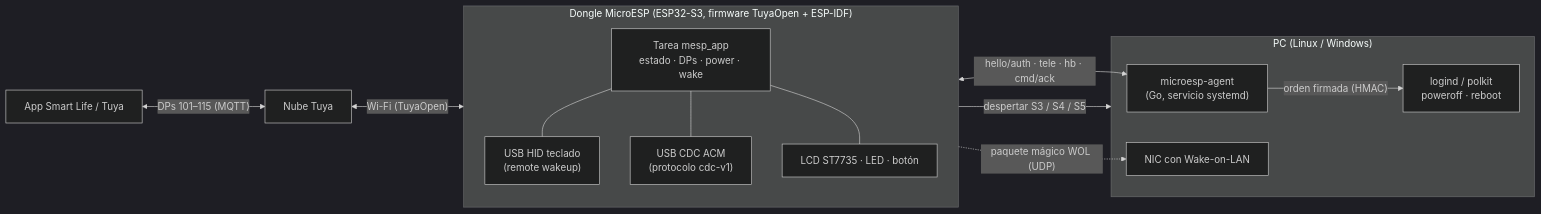
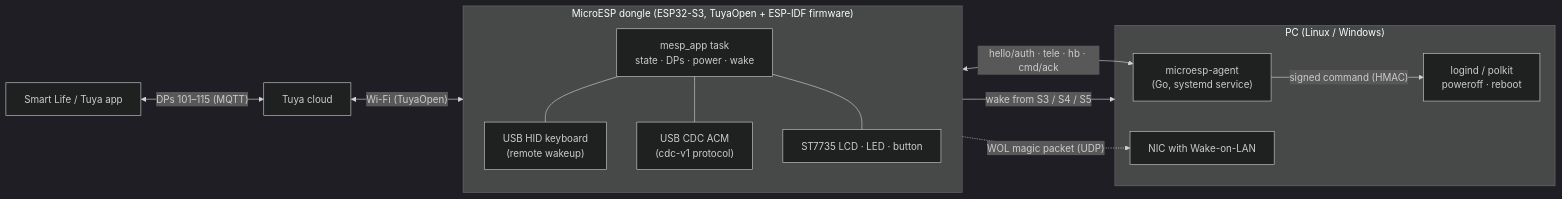
One commit to sevir/microesp changed the diagram in README.md. Above: the diagram before and after it, drawn with Mermaid (dark theme). The commit also changed other lines of this file and 7 other files, not shown here.

````diff
--- a/README.md
+++ b/README.md
@@ -15,27 +15,27 @@
 ```mermaid
 flowchart LR
-    App["App Smart Life / Tuya"] <-- "DPs 101–115 (MQTT)" --> Cloud["Nube Tuya"]
+    App["Smart Life / Tuya app"] <-- "DPs 101–115 (MQTT)" --> Cloud["Tuya cloud"]
     Cloud <-- "Wi-Fi (TuyaOpen)" --> Dongle
 
-    subgraph Dongle["Dongle MicroESP (ESP32-S3, firmware TuyaOpen + ESP-IDF)"]
+    subgraph Dongle["MicroESP dongle (ESP32-S3, TuyaOpen + ESP-IDF firmware)"]
         direction TB
-        FW["Tarea mesp_app<br/>estado · DPs · power · wake"]
-        HID["USB HID teclado<br/>(remote wakeup)"]
-        CDC["USB CDC ACM<br/>(protocolo cdc-v1)"]
-        UI["LCD ST7735 · LED · botón"]
+        FW["mesp_app task<br/>state · DPs · power · wake"]
+        HID["USB HID keyboard<br/>(remote wakeup)"]
+        CDC["USB CDC ACM<br/>(cdc-v1 protocol)"]
+        UI["ST7735 LCD · LED · button"]
         FW --- HID
         FW --- CDC
         FW --- UI
     end
 
     subgraph PC["PC (Linux / Windows)"]
-        Agent["microesp-agent<br/>(Go, servicio systemd)"]
+        Agent["microesp-agent<br/>(Go, systemd service)"]
         OS["logind / polkit<br/>poweroff · reboot"]
-        NIC["NIC con Wake-on-LAN"]
-        Agent -- "orden firmada (HMAC)" --> OS
+        NIC["NIC with Wake-on-LAN"]
+        Agent -- "signed command (HMAC)" --> OS
     end
 
-    HID -- "despertar S3 / S4 / S5" --> PC
+    HID -- "wake from S3 / S4 / S5" --> PC
     CDC <-- "hello/auth · tele · hb · cmd/ack" --> Agent
-    Dongle -. "paquete mágico WOL (UDP)" .-> NIC
+    Dongle -. "WOL magic packet (UDP)" .-> NIC
 ```
````
